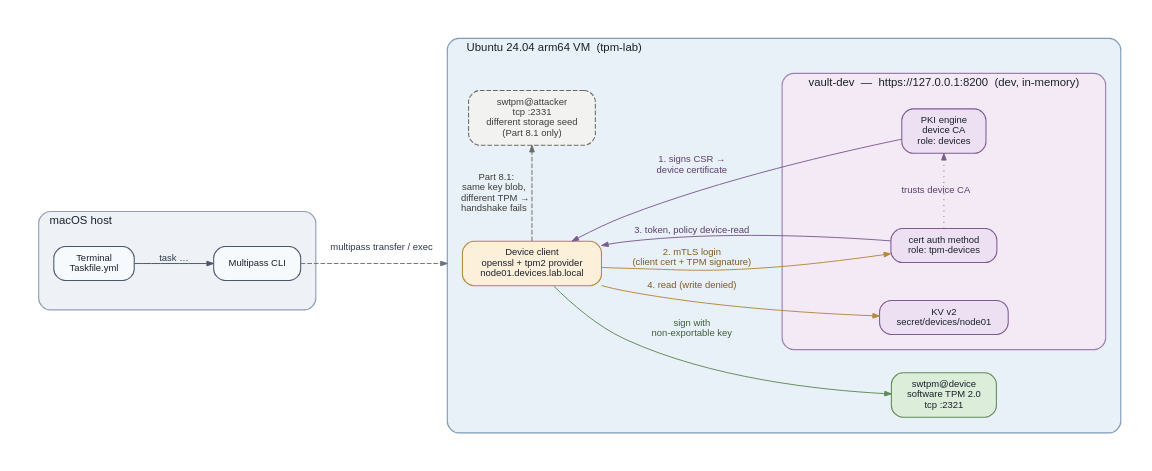
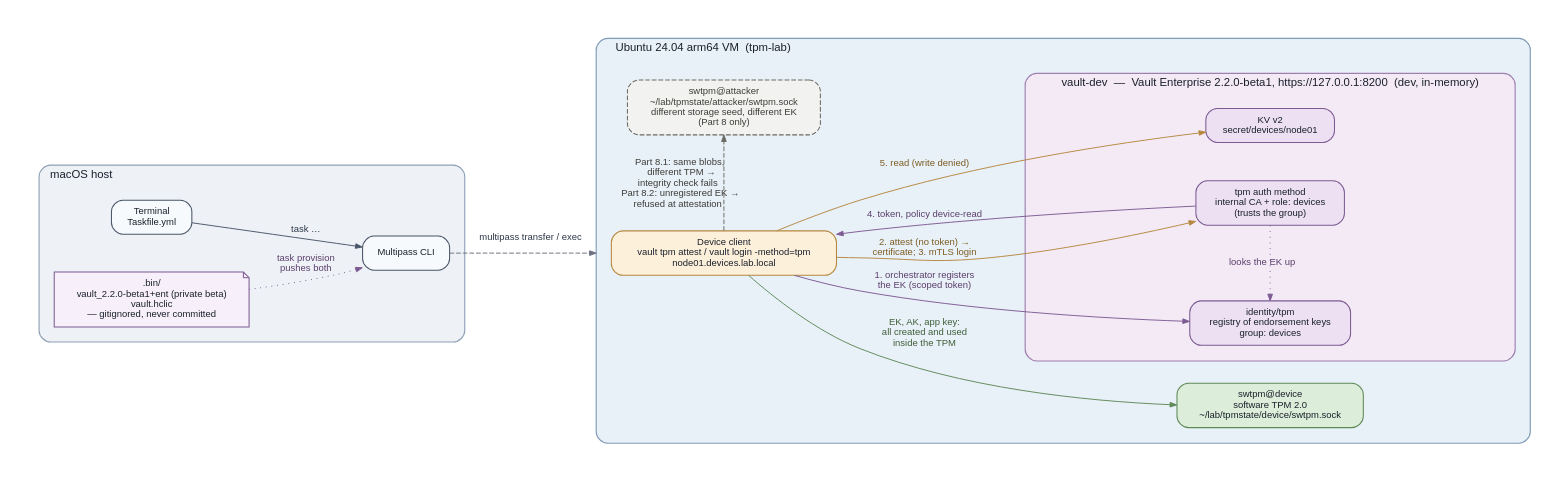
Before and after one commit to nhsy-hcp/multipass-vault-tpm: the diagram in docs/diagrams/topology.dot, drawn with Graphviz. The commit also changed 29 other files, not shown here.

Commit message:
feat: replace cert auth with tpm auth method

```diff
--- a/docs/diagrams/topology.dot
+++ b/docs/diagrams/topology.dot
@@ -1,137 +1,146 @@
-// Vault TPM-backed cert auth lab — component topology.
+// Vault TPM auth lab — component topology.
 // Render: dot -Tpng -Gdpi=144 -o topology.png topology.dot
 // or: task docs:diagram
 
 digraph topology {
   rankdir=LR;
   bgcolor="white";
   compound=true;
   splines=spline;
   nodesep=0.55;
   ranksep=0.70;
   fontname="Helvetica";
   fontsize=12;
   fontcolor="#1a202c";
   pad=0.35;
 
   node [
     shape=box,
     style="rounded,filled",
     fontname="Helvetica",
     fontsize=10,
     color="#4a5568",
     fillcolor="#f7fafc",
     fontcolor="#1a202c",
     penwidth=1.1,
     margin="0.18,0.10"
   ];
 
   edge [
     fontname="Helvetica",
     fontsize=10,
     color="#4a5568",
     fontcolor="#2d3748",
     penwidth=1.0,
     arrowsize=0.7
   ];
 
   // ---------------------------------------------------------------- macOS host
   subgraph cluster_host {
     label="macOS host";
     labeljust="l";
     fontsize=12;
     fontcolor="#1a202c";
     margin=16;
     style="rounded,filled";
     fillcolor="#eef2f7";
     color="#8fa0b5";
     penwidth=1.2;
 
     term  [label="Terminal\nTaskfile.yml"];
     mpcli [label="Multipass CLI"];
+    bin   [
+      label=".bin/\nvault_2.2.0-beta1+ent (private beta)\nvault.hclic\n— gitignored, never committed",
+      shape=note,
+      style="filled",
+      fillcolor="#f7f0fa",
+      color="#7d5b92",
+      fontsize=10
+    ];
 
     term -> mpcli [label="task …"];
+    bin -> mpcli [label="task provision\npushes both", style=dotted, color="#7d5b92", fontcolor="#5b3f6c"];
   }
 
   // ------------------------------------------------------------------- the VM
   subgraph cluster_vm {
     label="Ubuntu 24.04 arm64 VM  (tpm-lab)";
     labeljust="l";
     fontsize=12;
     fontcolor="#1a202c";
     margin=16;
     style="rounded,filled";
     fillcolor="#e8f0f8";
     color="#7f9bb8";
     penwidth=1.2;
 
     tpm [
-      label="swtpm@device\nsoftware TPM 2.0\ntcp :2321",
+      label="swtpm@device\nsoftware TPM 2.0\n~/lab/tpmstate/device/swtpm.sock",
       fillcolor="#dcedd9",
       color="#5f8a57"
     ];
 
     attacker [
-      label="swtpm@attacker\ntcp :2331\ndifferent storage seed\n(Part 8.1 only)",
+      label="swtpm@attacker\n~/lab/tpmstate/attacker/swtpm.sock\ndifferent storage seed, different EK\n(Part 8 only)",
       style="rounded,filled,dashed",
       fillcolor="#f2f2f0",
       color="#6b6b64",
       fontcolor="#3d3d38"
     ];
 
     client [
-      label="Device client\nopenssl + tpm2 provider\nnode01.devices.lab.local",
+      label="Device client\nvault tpm attest / vault login -method=tpm\nnode01.devices.lab.local",
       fillcolor="#fdf0da",
       color="#b5883f"
     ];
 
     // ------------------------------------------------------------ Vault itself
     subgraph cluster_vault {
-      label="vault-dev  —  https://127.0.0.1:8200  (dev, in-memory)";
+      label="vault-dev  —  Vault Enterprise 2.2.0-beta1, https://127.0.0.1:8200  (dev, in-memory)";
       labeljust="l";
       fontsize=12;
       fontcolor="#1a202c";
       margin=16;
       style="rounded,filled";
       fillcolor="#f4eaf6";
       color="#9e7fae";
       penwidth=1.2;
 
-      pki  [label="PKI engine\ndevice CA\nrole: devices",   fillcolor="#ece0f2", color="#7d5b92"];
-      cert [label="cert auth method\nrole: tpm-devices",     fillcolor="#ece0f2", color="#7d5b92"];
-      kv   [label="KV v2\nsecret/devices/node01",            fillcolor="#ece0f2", color="#7d5b92"];
+      reg  [label="identity/tpm\nregistry of endorsement keys\ngroup: devices",         fillcolor="#ece0f2", color="#7d5b92"];
+      tpma [label="tpm auth method\ninternal CA + role: devices\n(trusts the group)",     fillcolor="#ece0f2", color="#7d5b92"];
+      kv   [label="KV v2\nsecret/devices/node01",                                      fillcolor="#ece0f2", color="#7d5b92"];
     }
   }
 
   // ---------------------------------------------------------------- host -> VM
   mpcli -> client [
     lhead=cluster_vm,
     # Trailing blank line lifts the text clear of the dashed spline, which
     # otherwise runs straight through it on this long horizontal edge.
     label="multipass transfer / exec\n ",
     style=dashed,
     color="#6b7280"
   ];
 
   // ----------------------------------------------------------------- lab flows
-  client -> tpm  [label="sign with\nnon-exportable key", color="#5f8a57", fontcolor="#3f5f39"];
-  pki    -> client [label="1. signs CSR →\ndevice certificate", color="#7d5b92", fontcolor="#5b3f6c"];
-  client -> cert   [label="2. mTLS login\n(client cert + TPM signature)", color="#b5883f", fontcolor="#7d5c22"];
-  cert   -> pki    [label="trusts device CA", style=dotted, constraint=false, color="#7d5b92", fontcolor="#5b3f6c"];
-  cert   -> client [label="3. token, policy device-read", color="#7d5b92", fontcolor="#5b3f6c"];
-  client -> kv     [label="4. read (write denied)", color="#b5883f", fontcolor="#7d5c22"];
+  client -> tpm    [label="EK, AK, app key:\nall created and used\ninside the TPM", color="#5f8a57", fontcolor="#3f5f39"];
+  client -> reg    [label="1. orchestrator registers\nthe EK (scoped token)", color="#7d5b92", fontcolor="#5b3f6c"];
+  client -> tpma   [label="2. attest (no token) →\ncertificate; 3. mTLS login", color="#b5883f", fontcolor="#7d5c22"];
+  tpma   -> reg    [label="looks the EK up", style=dotted, constraint=false, color="#7d5b92", fontcolor="#5b3f6c"];
+  tpma   -> client [label="4. token, policy device-read", color="#7d5b92", fontcolor="#5b3f6c"];
+  client -> kv     [label="5. read (write denied)", color="#b5883f", fontcolor="#7d5c22"];
 
   client -> attacker [
     # constraint=false leaves this edge out of rank assignment, so the spline
     # runs straight through a plain centred label. Graphviz trims whitespace
     # padding, so the clearance has to be structural: an HTML label with an
     # empty right-hand cell shifts the text off the line.
     label=<<TABLE BORDER="0" CELLBORDER="0" CELLPADDING="0" CELLSPACING="0"><TR>
-             <TD ALIGN="RIGHT">Part 8.1:<BR/>same key blob,<BR/>different TPM &#8594;<BR/>handshake fails</TD>
+             <TD ALIGN="RIGHT">Part 8.1: same blobs,<BR/>different TPM &#8594;<BR/>integrity check fails<BR/>Part 8.2: unregistered EK &#8594;<BR/>refused at attestation</TD>
              <TD WIDTH="24"></TD></TR></TABLE>>,
     style=dashed,
     color="#6b6b64",
     fontcolor="#3d3d38",
     constraint=false
   ];
 }
```
